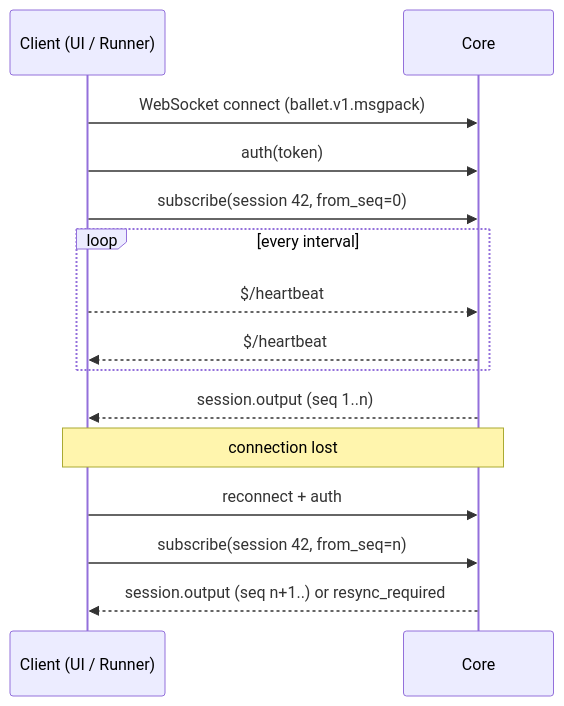
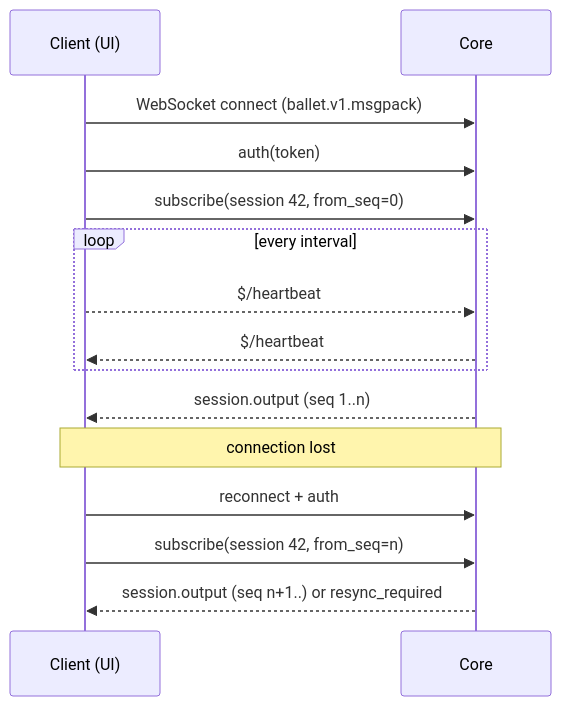
The diagram in docs/architecture/integration.rst (denyszorinets/ballet), drawn with Mermaid before and after one commit. The commit also changed other lines of this file and 62 other files, not shown here.

```diff
--- a/docs/architecture/integration.rst
+++ b/docs/architecture/integration.rst
@@ -54,17 +55,17 @@
 .. mermaid::
 
    sequenceDiagram
-     participant C as Client (UI / Runner)
+     participant C as Client (UI)
      participant S as Core
      C->>S: WebSocket connect (ballet.v1.msgpack)
      C->>S: auth(token)
      C->>S: subscribe(session 42, from_seq=0)
      loop every interval
        C-->>S: $/heartbeat
        S-->>C: $/heartbeat
      end
      S-->>C: session.output (seq 1..n)
      Note over C,S: connection lost
      C->>S: reconnect + auth
      C->>S: subscribe(session 42, from_seq=n)
      S-->>C: session.output (seq n+1..) or resync_required
```
